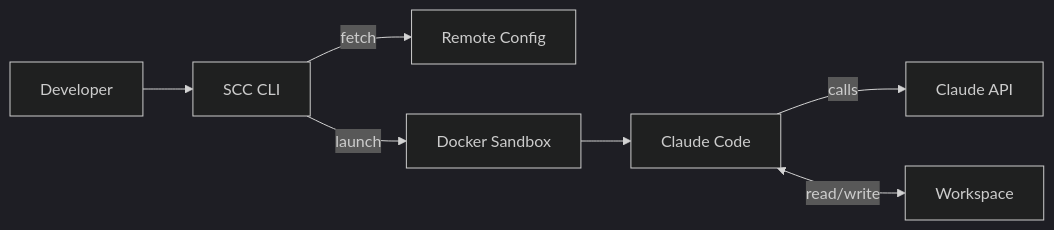
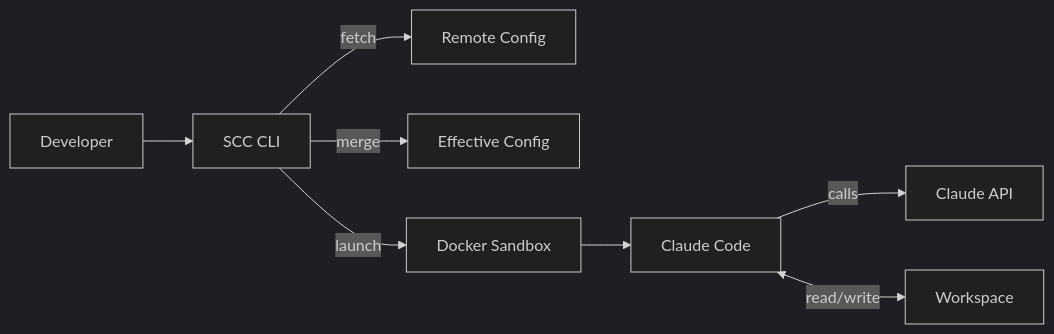
One commit to CCimen/scc changed the first of 4 diagrams in docs/ARCHITECTURE.md. Above: the diagram before and after it, drawn with Mermaid (dark theme). The commit also changed other lines of this file and 26 other files, not shown here.

````diff
--- a/docs/ARCHITECTURE.md
+++ b/docs/ARCHITECTURE.md
@@ -7,9 +7,10 @@
 ```mermaid
 graph LR
     Dev[Developer] --> CLI[SCC CLI]
     CLI -->|fetch| Config[Remote Config]
+    CLI -->|merge| Effective[Effective Config]
     CLI -->|launch| Sandbox[Docker Sandbox]
     Sandbox --> Claude[Claude Code]
     Claude -->|calls| API[Claude API]
     Claude <-->|read/write| Workspace[Workspace]
 ```
````
